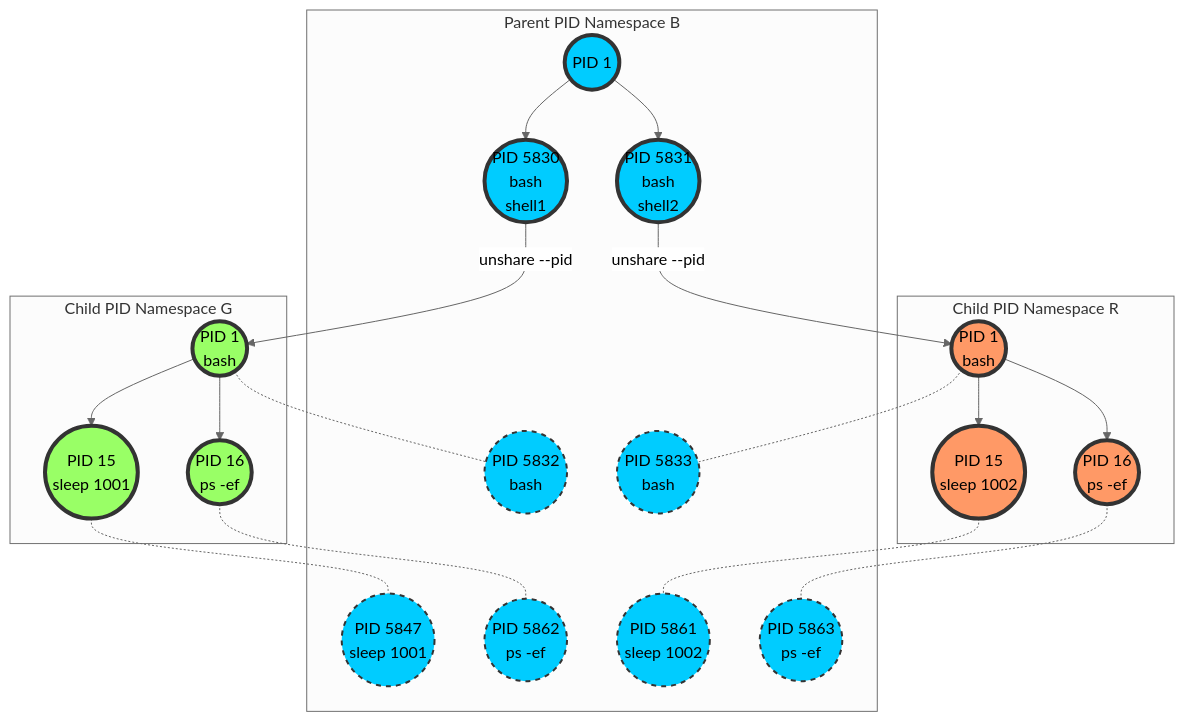
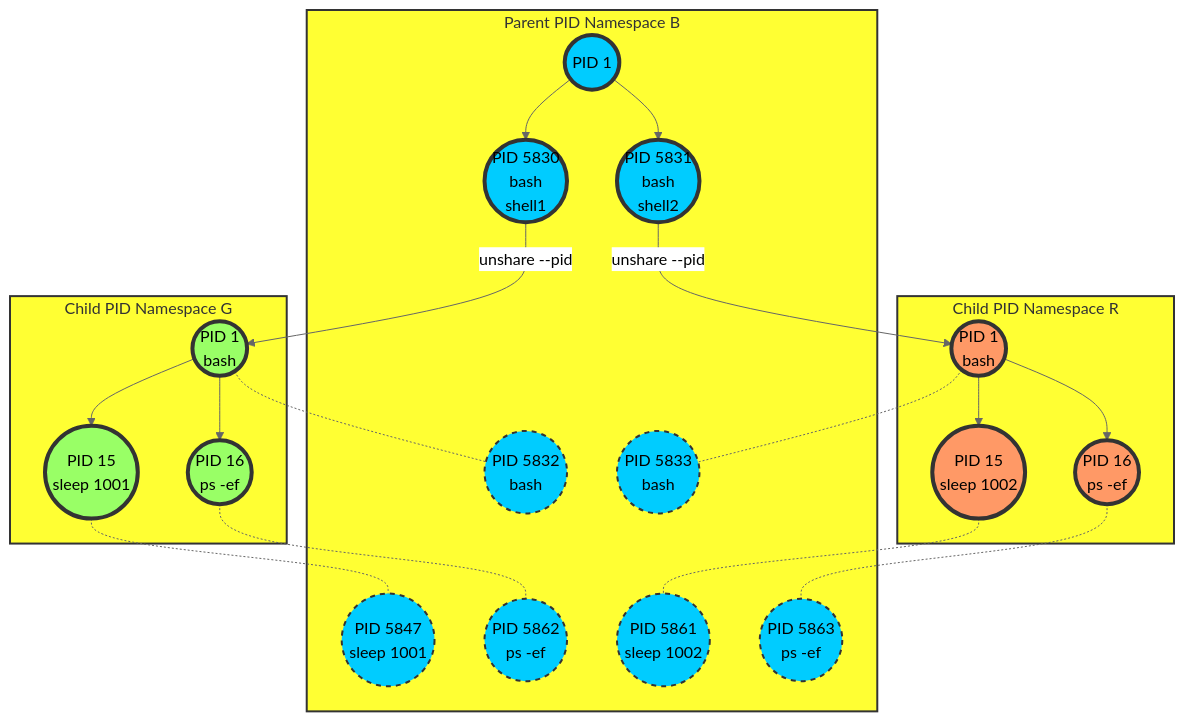
The second of 2 diagrams in content/appendix/710_pid_namespace_hierarchy.md (amcginlay/k8s-primer), drawn with Mermaid (neutral theme) before and after one commit. The commit also changed other lines of this file and 1 other file, not shown here.

Commit message:
typographical fix in setup and renamed pid appx

```diff
--- a/content/appendix/710_pid_namespace_hierarchy.md
+++ b/content/appendix/710_pid_namespace_hierarchy.md
@@ -49,45 +52,47 @@
 {{< mermaid >}}
 graph TB
     subgraph pid-namespace-zero[Parent PID Namespace B]
          proc0((PID 1))
          proc1((PID 5830<br>bash<br>shell1))
          proc3-0((PID 5832<br>bash))
          proc4-0((PID 5847<br>sleep 1001))
          proc5-0((PID 5862<br>ps -ef))
          proc2((PID 5831<br>bash<br>shell2))
          proc6-0((PID 5833<br>bash))
          proc7-0((PID 5861<br>sleep 1002))
          proc8-0((PID 5863<br>ps -ef))
     end
     subgraph pid-namespace-one[Child PID Namespace G]
          proc3((PID 1<br>bash))
          proc4((PID 15<br>sleep 1001))
          proc5((PID 16<br>ps -ef))
     end
     subgraph pid-namespace-two[Child PID Namespace R]
          proc6((PID 1<br>bash))
          proc7((PID 15<br>sleep 1002))
          proc8((PID 16<br>ps -ef))
     end
 proc0 --> proc1
 proc0 --> proc2
 proc3 -.- proc3-0
 proc4 -.- proc4-0
 proc5 -.- proc5-0
 proc6 -.- proc6-0
 proc7 -.- proc7-0
 proc8 -.- proc8-0
 proc1 -->|unshare --pid| proc3
 proc2 -->|unshare --pid| proc6
 proc3 --> proc4 & proc5
 proc6 --> proc7 & proc8
 
 classDef green fill:#9f6,stroke:#333,stroke-width:4px;
 classDef blue fill:#0cf,stroke:#333,stroke-width:4px;
 classDef orange fill:#f96,stroke:#333,stroke-width:4px;
 classDef blueShadow fill:#0cf,stroke:#333,stroke-width:2px,stroke-dasharray: 5 5;
+classDef yellow fill:#ff3,stroke:#333,stroke-width:2px;
 class proc0,proc1,proc2 blue;
 class proc3,proc4,proc5 green;
 class proc6,proc7,proc8 orange;
 class proc3-0,proc4-0,proc5-0,proc6-0,proc7-0,proc8-0 blueShadow;
+class pid-namespace-zero,pid-namespace-one,pid-namespace-two yellow;
 {{< /mermaid >}}
```
